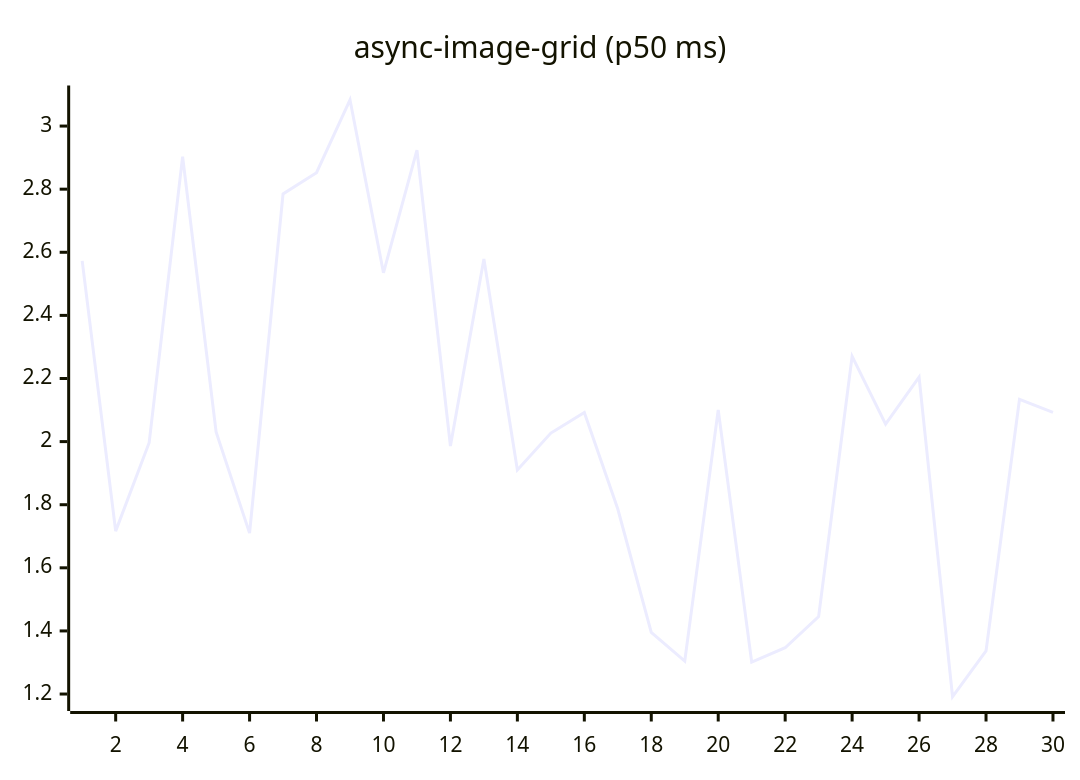
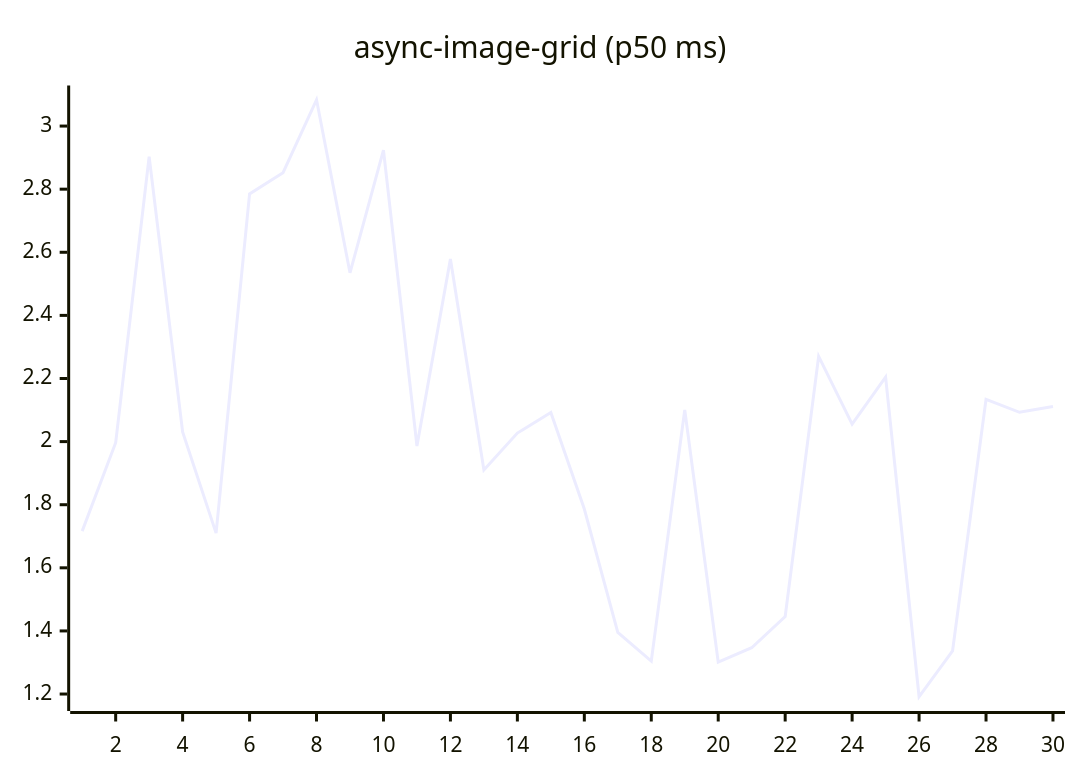
The fifth of 27 diagrams in README.md (josha/Facet), drawn with Mermaid before and after one commit. The commit also changed other lines of this file and 2 other files, not shown here.

````diff
--- a/README.md
+++ b/README.md
@@ -91,6 +91,6 @@
 ```mermaid
 xychart-beta
     title "async-image-grid (p50 ms)"
     x-axis 1 --> 30
-    line [2.5726, 1.7163, 1.9964, 2.9032, 2.0307, 1.7099, 2.7848, 2.8523, 3.0834, 2.5349, 2.9237, 1.9862, 2.5787, 1.9102, 2.0270, 2.0924, 1.7862, 1.3954, 1.3043, 2.1007, 1.3011, 1.3467, 1.4457, 2.2705, 2.0555, 2.2044, 1.1914, 1.3367, 2.1339, 2.0928]
+    line [1.7163, 1.9964, 2.9032, 2.0307, 1.7099, 2.7848, 2.8523, 3.0834, 2.5349, 2.9237, 1.9862, 2.5787, 1.9102, 2.0270, 2.0924, 1.7862, 1.3954, 1.3043, 2.1007, 1.3011, 1.3467, 1.4457, 2.2705, 2.0555, 2.2044, 1.1914, 1.3367, 2.1339, 2.0928, 2.1114]
 ```
````
